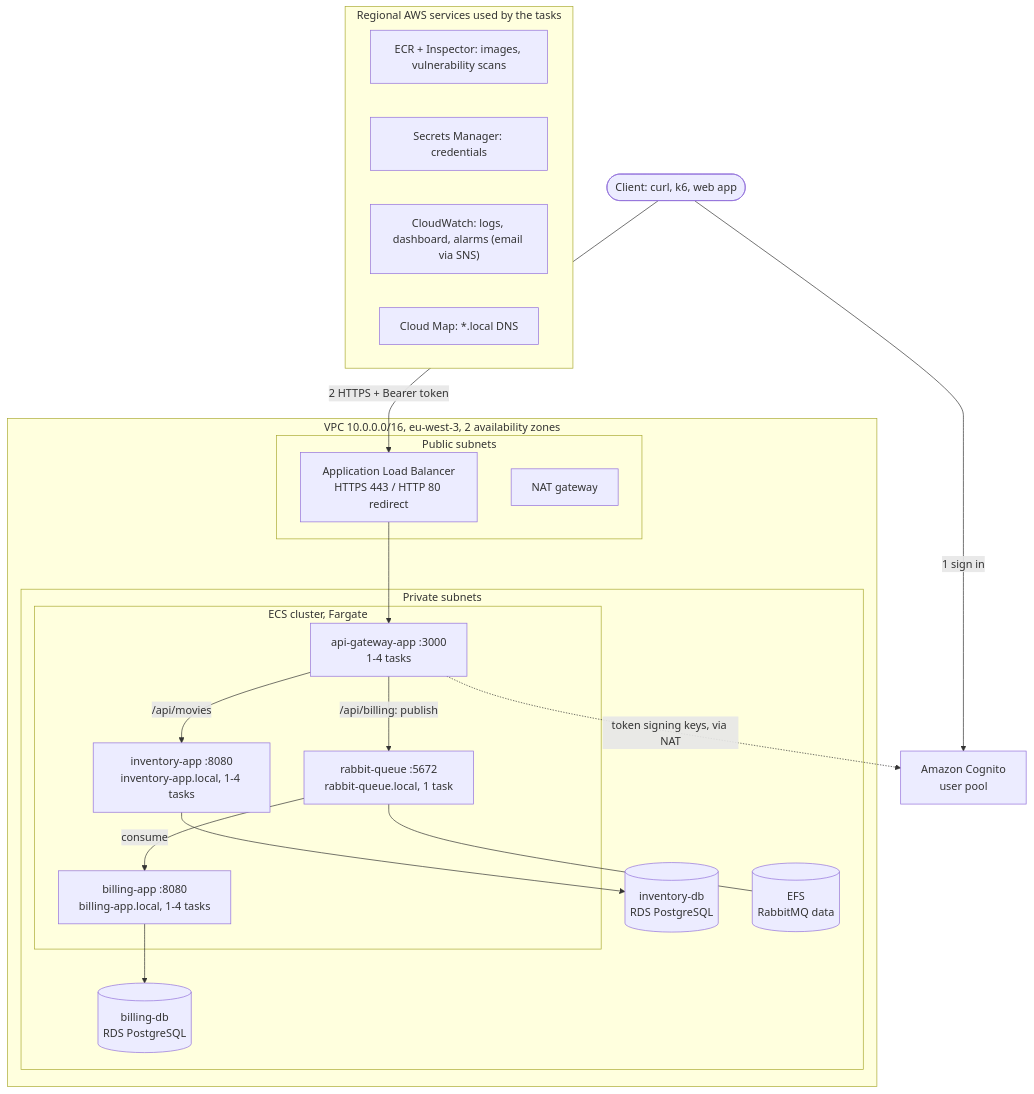
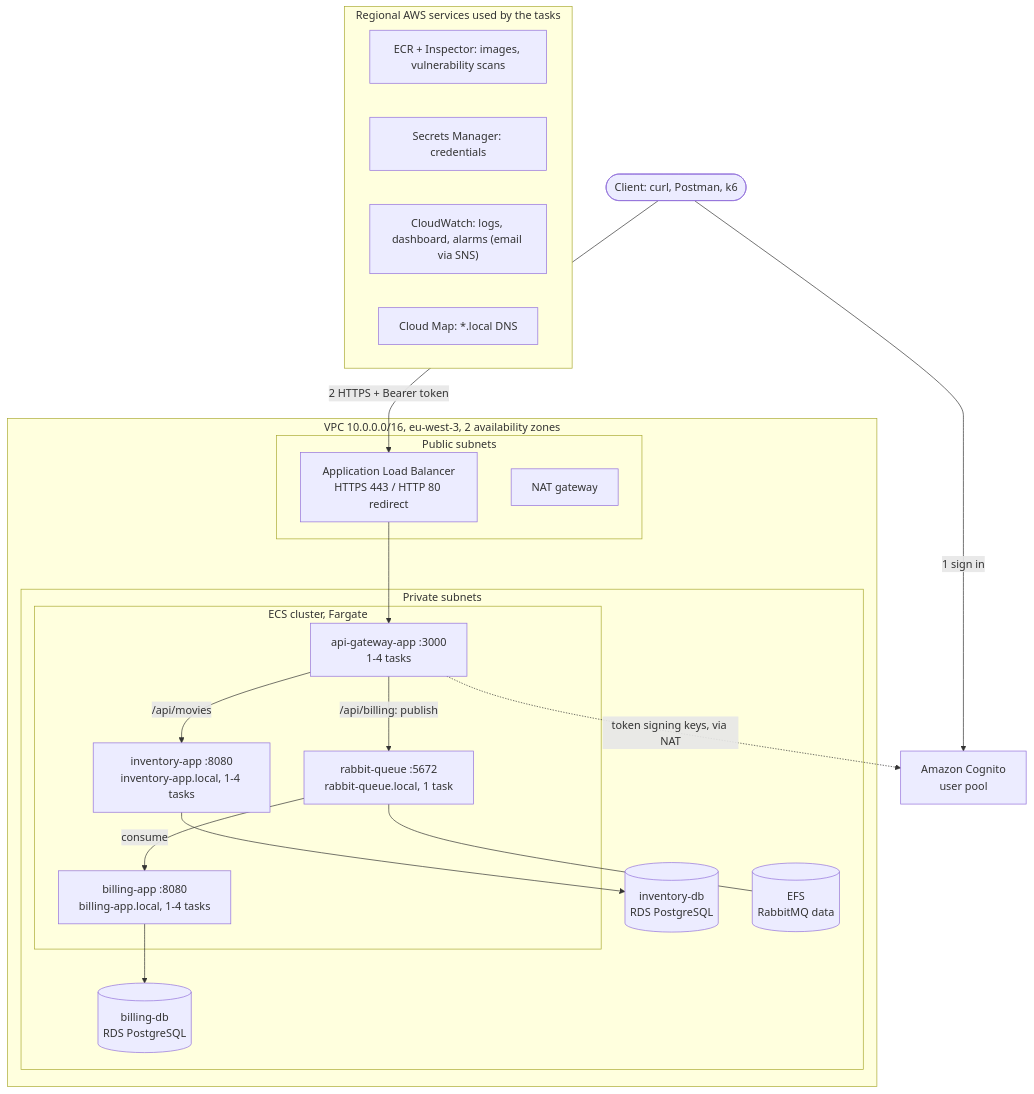
Before and after one commit to Aymening/cloud-design: the first of 3 diagrams in README.md, drawn with Mermaid. The commit also changed other lines of this file and 1 other file, not shown here.

````diff
--- a/README.md
+++ b/README.md
@@ -27,41 +26,41 @@
 ```mermaid
 flowchart TB
-    client(["Client: curl, k6, web app"])
+    client(["Client: curl, Postman, k6"])
     cognito["Amazon Cognito<br/>user pool"]
 
     subgraph vpc["VPC 10.0.0.0/16, eu-west-3, 2 availability zones"]
         subgraph public["Public subnets"]
             alb["Application Load Balancer<br/>HTTPS 443 / HTTP 80 redirect"]
             nat["NAT gateway"]
         end
         subgraph private["Private subnets"]
             subgraph ecs["ECS cluster, Fargate"]
                 gw["api-gateway-app :3000<br/>1-4 tasks"]
                 inv["inventory-app :8080<br/>inventory-app.local, 1-4 tasks"]
                 bill["billing-app :8080<br/>billing-app.local, 1-4 tasks"]
                 mq["rabbit-queue :5672<br/>rabbit-queue.local, 1 task"]
             end
             invdb[("inventory-db<br/>RDS PostgreSQL")]
             billdb[("billing-db<br/>RDS PostgreSQL")]
             efs[("EFS<br/>RabbitMQ data")]
         end
     end
 
     subgraph managed["Regional AWS services used by the tasks"]
         ecr["ECR + Inspector: images, vulnerability scans"]
         sm["Secrets Manager: credentials"]
         cw["CloudWatch: logs, dashboard, alarms (email via SNS)"]
         cm["Cloud Map: *.local DNS"]
     end
 
     client -->|"1 sign in"| cognito
     client -->|"2 HTTPS + Bearer token"| alb
     alb --> gw
     gw -->|"/api/movies"| inv
     gw -->|"/api/billing: publish"| mq
     mq -->|"consume"| bill
     inv --> invdb
     bill --> billdb
     mq --- efs
     gw -.->|"token signing keys, via NAT"| cognito
 ```
````
